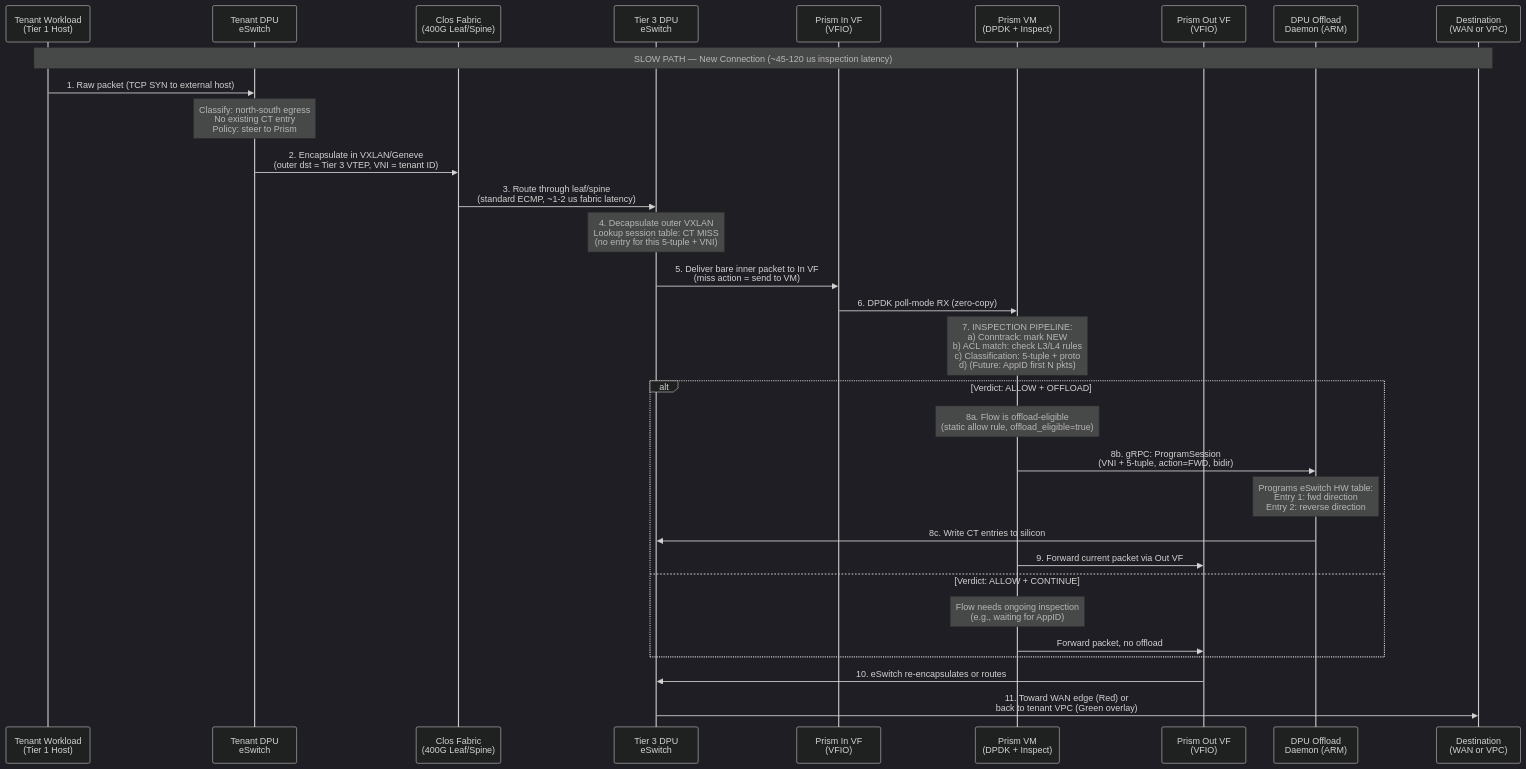
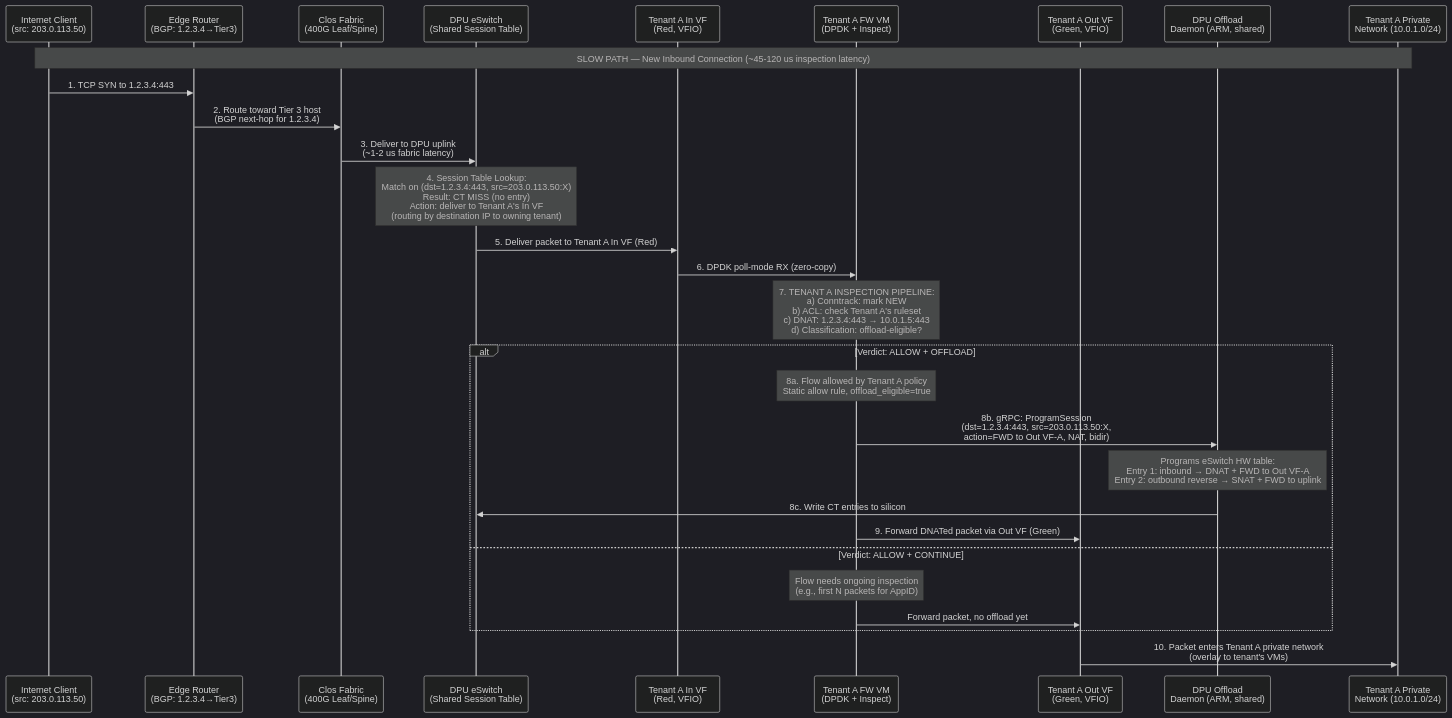
The first of 11 diagrams in docs/ARCHITECTURE.md (mara-baysn/technicolor-haze-prism), drawn with Mermaid (dark theme) before and after one commit. The commit also changed other lines of this file, not shown here.

First line of the commit message:
docs: rewrite ARCHITECTURE.md — all sections now per-tenant VM model

````diff
--- a/docs/ARCHITECTURE.md
+++ b/docs/ARCHITECTURE.md
@@ -143,35 +157,38 @@
 ```mermaid
 sequenceDiagram
-    participant TW as Tenant Workload<br/>(Tier 1 Host)
-    participant TDPU as Tenant DPU<br/>eSwitch
+    participant INT as Internet Client<br/>(src: 203.0.113.50)
+    participant EDGE as Edge Router<br/>(BGP: 1.2.3.4→Tier3)
     participant FAB as Clos Fabric<br/>(400G Leaf/Spine)
-    participant T3ESW as Tier 3 DPU<br/>eSwitch
-    participant INV as Prism In VF<br/>(VFIO)
-    participant VM as Prism VM<br/>(DPDK + Inspect)
-    participant OUTV as Prism Out VF<br/>(VFIO)
-    participant DAEMON as DPU Offload<br/>Daemon (ARM)
-    participant DEST as Destination<br/>(WAN or VPC)
+    participant ESW as DPU eSwitch<br/>(Shared Session Table)
+    participant INV as Tenant A In VF<br/>(Red, VFIO)
+    participant VM as Tenant A FW VM<br/>(DPDK + Inspect)
+    participant OUTV as Tenant A Out VF<br/>(Green, VFIO)
+    participant DAEMON as DPU Offload<br/>Daemon (ARM, shared)
+    participant TNET as Tenant A Private<br/>Network (10.0.1.0/24)
 
-    Note over TW,DEST: SLOW PATH — New Connection (~45-120 us inspection latency)
+    Note over INT,TNET: SLOW PATH — New Inbound Connection (~45-120 us inspection latency)
 
-    TW->>TDPU: 1. Raw packet (TCP SYN to external host)
-    Note over TDPU: Classify: north-south egress<br/>No existing CT entry<br/>Policy: steer to Prism
-    TDPU->>FAB: 2. Encapsulate in VXLAN/Geneve<br/>(outer dst = Tier 3 VTEP, VNI = tenant ID)
-    FAB->>T3ESW: 3. Route through leaf/spine<br/>(standard ECMP, ~1-2 us fabric latency)
-    Note over T3ESW: 4. Decapsulate outer VXLAN<br/>Lookup session table: CT MISS<br/>(no entry for this 5-tuple + VNI)
-    T3ESW->>INV: 5. Deliver bare inner packet to In VF<br/>(miss action = send to VM)
+    INT->>EDGE: 1. TCP SYN to 1.2.3.4:443
+    EDGE->>FAB: 2. Route toward Tier 3 host<br/>(BGP next-hop for 1.2.3.4)
+    FAB->>ESW: 3. Deliver to DPU uplink<br/>(~1-2 us fabric latency)
+
+    Note over ESW: 4. Session Table Lookup:<br/>Match on (dst=1.2.3.4:443, src=203.0.113.50:X)<br/>Result: CT MISS (no entry)<br/>Action: deliver to Tenant A's In VF<br/>(routing by destination IP to owning tenant)
+
+    ESW->>INV: 5. Deliver packet to Tenant A In VF (Red)
     INV->>VM: 6. DPDK poll-mode RX (zero-copy)
-    Note over VM: 7. INSPECTION PIPELINE:<br/>a) Conntrack: mark NEW<br/>b) ACL match: check L3/L4 rules<br/>c) Classification: 5-tuple + proto<br/>d) (Future: AppID first N pkts)
+
+    Note over VM: 7. TENANT A INSPECTION PIPELINE:<br/>a) Conntrack: mark NEW<br/>b) ACL: check Tenant A's ruleset<br/>c) DNAT: 1.2.3.4:443 → 10.0.1.5:443<br/>d) Classification: offload-eligible?
+
     alt Verdict: ALLOW + OFFLOAD
-        Note over VM: 8a. Flow is offload-eligible<br/>(static allow rule, offload_eligible=true)
-        VM->>DAEMON: 8b. gRPC: ProgramSession<br/>(VNI + 5-tuple, action=FWD, bidir)
-        Note over DAEMON: Programs eSwitch HW table:<br/>Entry 1: fwd direction<br/>Entry 2: reverse direction
-        DAEMON->>T3ESW: 8c. Write CT entries to silicon
-        VM->>OUTV: 9. Forward current packet via Out VF
+        Note over VM: 8a. Flow allowed by Tenant A policy<br/>Static allow rule, offload_eligible=true
+        VM->>DAEMON: 8b. gRPC: ProgramSession<br/>(dst=1.2.3.4:443, src=203.0.113.50:X,<br/> action=FWD to Out VF-A, NAT, bidir)
+        Note over DAEMON: Programs eSwitch HW table:<br/>Entry 1: inbound → DNAT + FWD to Out VF-A<br/>Entry 2: outbound reverse → SNAT + FWD to uplink
+        DAEMON->>ESW: 8c. Write CT entries to silicon
+        VM->>OUTV: 9. Forward DNATed packet via Out VF (Green)
     else Verdict: ALLOW + CONTINUE
-        Note over VM: Flow needs ongoing inspection<br/>(e.g., waiting for AppID)
-        VM->>OUTV: Forward packet, no offload
+        Note over VM: Flow needs ongoing inspection<br/>(e.g., first N packets for AppID)
+        VM->>OUTV: Forward packet, no offload yet
     end
-    OUTV->>T3ESW: 10. eSwitch re-encapsulates or routes
-    T3ESW->>DEST: 11. Toward WAN edge (Red) or<br/>back to tenant VPC (Green overlay)
+
+    OUTV->>TNET: 10. Packet enters Tenant A private network<br/>(overlay to tenant's VMs)
 ```
````
